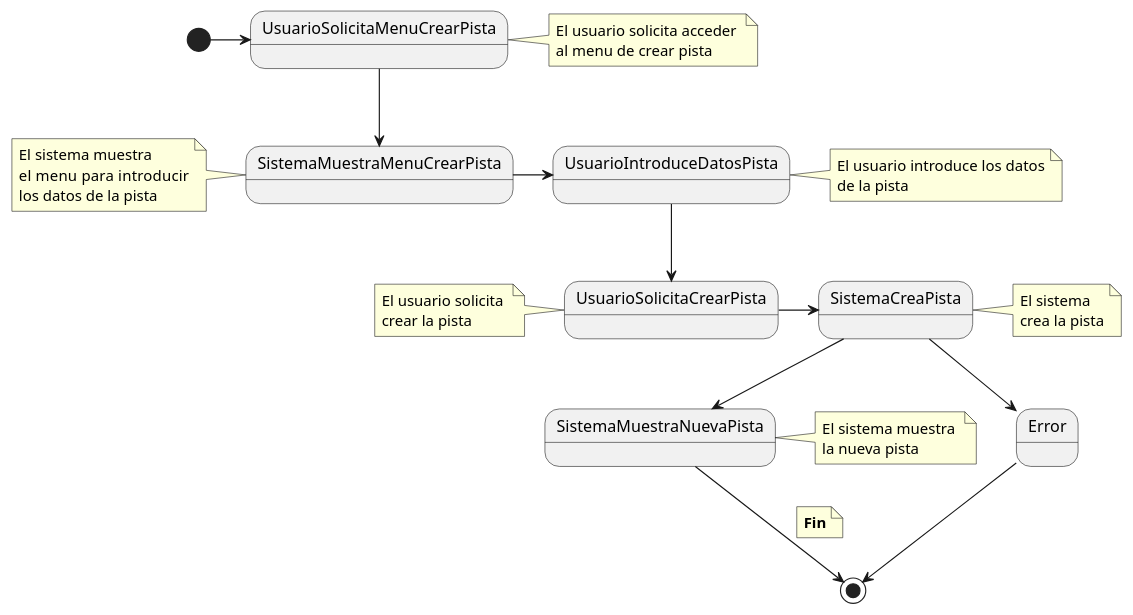
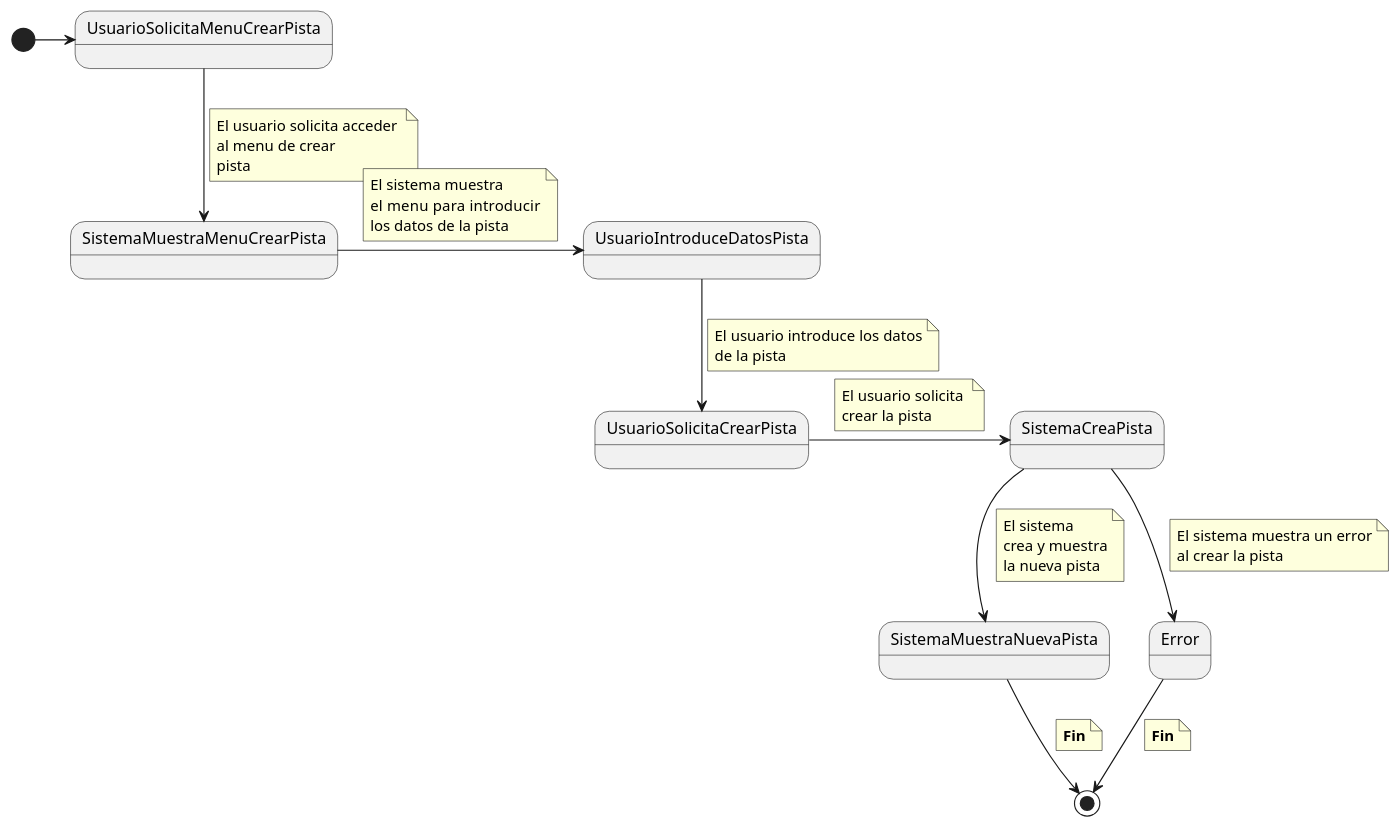
Before and after one commit to pablarce/23-24-IdSw1-SDR: the diagram in CasosDeUso/CduDetallados/CduPistas/CrearPista.puml, drawn with PlantUML. The commit also changed 11 other files, not shown here.

Commit message:
chore: Update use case diagrams for Pistas module

```diff
--- a/CasosDeUso/CduDetallados/CduPistas/CrearPista.puml
+++ b/CasosDeUso/CduDetallados/CduPistas/CrearPista.puml
@@ -1,39 +1,44 @@
 @startuml 
 [*] -r-> UsuarioSolicitaMenuCrearPista
 UsuarioSolicitaMenuCrearPista -d-> SistemaMuestraMenuCrearPista
-note right of UsuarioSolicitaMenuCrearPista
+note on link
     El usuario solicita acceder 
-    al menu de crear pista
+    al menu de crear 
+    pista
 end note
 SistemaMuestraMenuCrearPista -r-> UsuarioIntroduceDatosPista
-note left of SistemaMuestraMenuCrearPista
+note on link
     El sistema muestra
     el menu  para introducir
     los datos de la pista
 end note
 UsuarioIntroduceDatosPista -d-> UsuarioSolicitaCrearPista 
-note right of UsuarioIntroduceDatosPista
+note on link
     El usuario introduce los datos
     de la pista
 end note
 UsuarioSolicitaCrearPista -r-> SistemaCreaPista
-note left of UsuarioSolicitaCrearPista
+note on link
     El usuario solicita 
     crear la pista
 end note
 SistemaCreaPista -d-> SistemaMuestraNuevaPista
-note right of SistemaCreaPista
+note on link
     El sistema 
-    crea la pista
+    crea y muestra
+    la nueva pista
 end note
 SistemaCreaPista -d-> Error
+note on link
+    El sistema muestra un error
+    al crear la pista
+end note
 Error-d-> [*]
+note on link
+    **Fin**
+end note
 SistemaMuestraNuevaPista -d-> [*]
-note left of SistemaMuestraNuevaPista
-    El sistema muestra 
-    la nueva pista
-end note
-note on link 
+note on link
     **Fin**
 end note
 @enduml 
```
